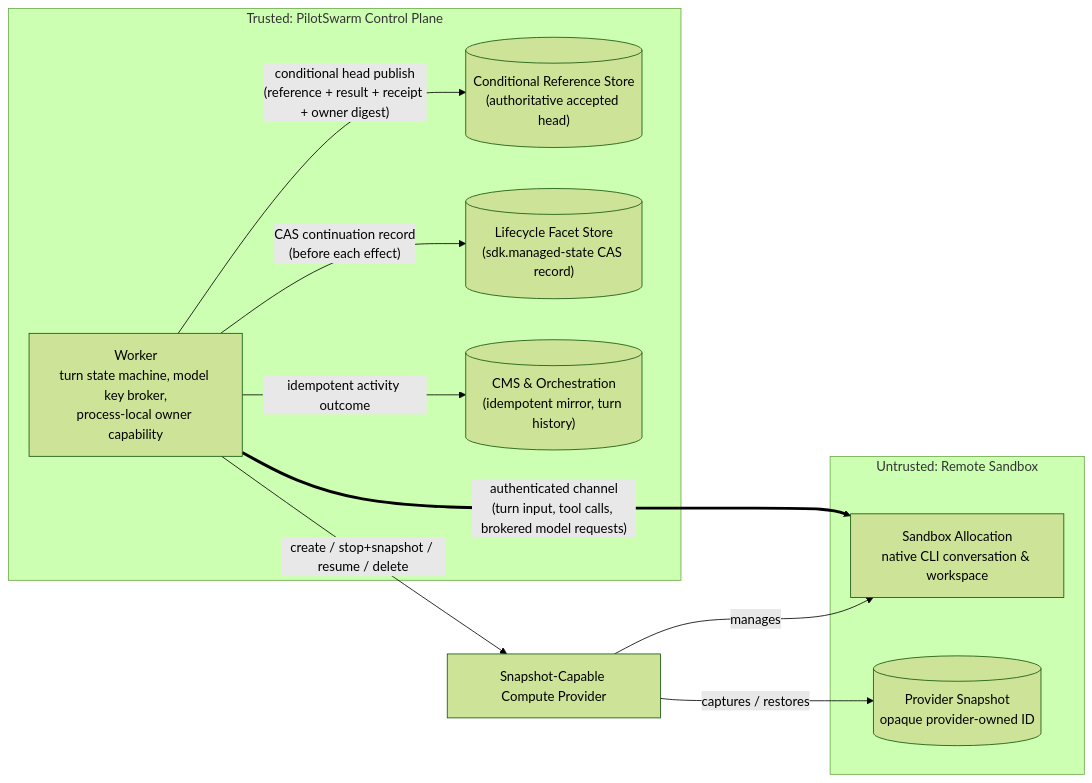
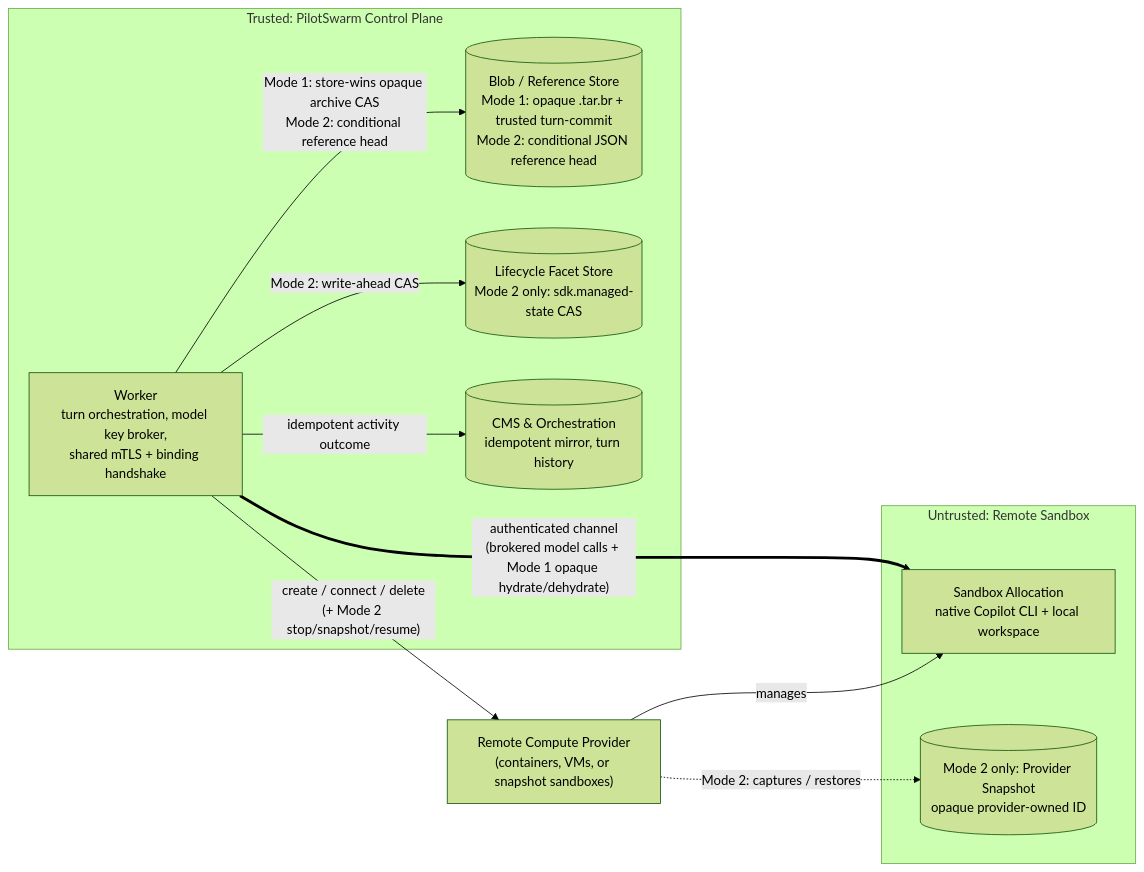
One commit to microsoft/PilotSwarm changed the diagram in docs/proposals/snapshot-owned-managed-state.md. Above: the diagram before and after it, drawn with Mermaid (forest theme). The commit also changed other lines of this file, not shown here.

Commit message:
docs(proposals): reframe remote compute around store-owned and snapshot-owned modes

````diff
--- a/docs/proposals/snapshot-owned-managed-state.md
+++ b/docs/proposals/snapshot-owned-managed-state.md
@@ -25,22 +42,22 @@
 ```mermaid
 flowchart LR
   subgraph T["Trusted: PilotSwarm Control Plane"]
-    RS[("Conditional Reference Store<br/>(authoritative accepted head)")]
-    LS[("Lifecycle Facet Store<br/>(sdk.managed-state CAS record)")]
-    CMS[("CMS & Orchestration<br/>(idempotent mirror, turn history)")]
-    W["Worker<br/>turn state machine, model key broker,<br/>process-local owner capability"]
+    BS[("Blob / Reference Store<br/>Mode 1: opaque .tar.br + trusted turn-commit<br/>Mode 2: conditional JSON reference head")]
+    LS[("Lifecycle Facet Store<br/>Mode 2 only: sdk.managed-state CAS")]
+    CMS[("CMS & Orchestration<br/>idempotent mirror, turn history")]
+    W["Worker<br/>turn orchestration, model key broker,<br/>shared mTLS + binding handshake"]
   end
-  P["Snapshot-Capable Compute Provider"]
+  P["Remote Compute Provider<br/>(containers, VMs, or snapshot sandboxes)"]
   subgraph U["Untrusted: Remote Sandbox"]
-    S["Sandbox Allocation<br/>native CLI conversation & workspace"]
-    SNAP[("Provider Snapshot<br/>opaque provider-owned ID")]
+    S["Sandbox Allocation<br/>native Copilot CLI + local workspace"]
+    SNAP[("Mode 2 only: Provider Snapshot<br/>opaque provider-owned ID")]
   end
 
-  W -- "CAS continuation record<br/>(before each effect)" --> LS
-  W -- "conditional head publish<br/>(reference + result + receipt + owner digest)" --> RS
+  W -- "Mode 1: store-wins opaque archive CAS<br/>Mode 2: conditional reference head" --> BS
+  W -- "Mode 2: write-ahead CAS" --> LS
   W -- "idempotent activity outcome" --> CMS
-  W -- "create / stop+snapshot / resume / delete" --> P
+  W -- "create / connect / delete<br/>(+ Mode 2 stop/snapshot/resume)" --> P
   P -- "manages" --> S
-  P -- "captures / restores" --> SNAP
-  W == "authenticated channel<br/>(turn input, tool calls, brokered model requests)" ==> S
+  P -. "Mode 2: captures / restores" .-> SNAP
+  W == "authenticated channel<br/>(brokered model calls + Mode 1 opaque hydrate/dehydrate)" ==> S
 ```
````
